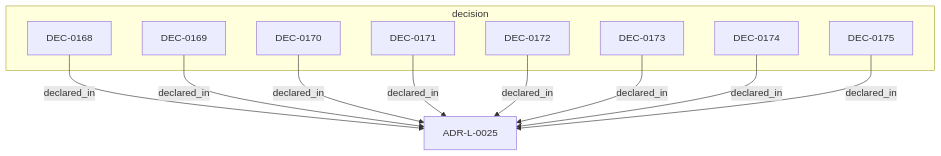
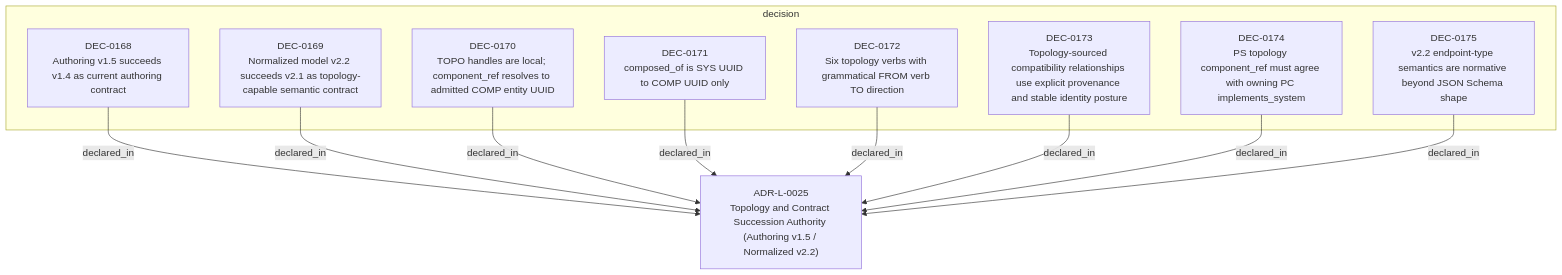
One commit to egallmann/adr-architecture-kit changed the diagram in adrs/adr-projection/logical/ADR-L-0025-topology-and-contract-succession-authority.md. Above: the diagram before and after it, drawn with Mermaid. The commit also changed other lines of this file and 35 other files, not shown here.

````diff
--- a/adrs/adr-projection/logical/ADR-L-0025-topology-and-contract-succession-authority.md
+++ b/adrs/adr-projection/logical/ADR-L-0025-topology-and-contract-succession-authority.md
@@ -62,22 +62,22 @@
 ```mermaid
 flowchart TB
-  n_01a048d8_454a_7464_bcaa_718e58dfb9c2["ADR-L-0025"]
+  n_01a048d8_454a_7464_bcaa_718e58dfb9c2["ADR-L-0025<br/>Topology and Contract Succession Authority (Authoring v1.5 / Normalized v2.2)"]
   subgraph sg_decision["decision"]
-    n_01a048e9_bf60_7620_ad03_5af81c48c443["DEC-0168"]
-    n_01a048e9_bf60_7620_ad03_5af9dca56890["DEC-0169"]
-    n_01a048e9_bf60_7620_ad03_5afa0d062cf8["DEC-0170"]
-    n_01a048e9_bf60_7620_ad03_5afb9ba51d1c["DEC-0171"]
-    n_01a048e9_bf60_7620_ad03_5afc854d365b["DEC-0172"]
-    n_01a048e9_bf60_7620_ad03_5afd8acec9ee["DEC-0173"]
-    n_01a048e9_bf60_7620_ad03_5afe983c297e["DEC-0174"]
-    n_01a048e9_bf60_7620_ad03_5affd0982697["DEC-0175"]
+    n_01a048e9_bf60_7620_ad03_5af81c48c443["DEC-0168<br/>Authoring v1.5 succeeds v1.4 as current authoring contract"]
+    n_01a048e9_bf60_7620_ad03_5af9dca56890["DEC-0169<br/>Normalized model v2.2 succeeds v2.1 as topology-capable semantic contract"]
+    n_01a048e9_bf60_7620_ad03_5afa0d062cf8["DEC-0170<br/>TOPO handles are local; component_ref resolves to admitted COMP entity UUID"]
+    n_01a048e9_bf60_7620_ad03_5afb9ba51d1c["DEC-0171<br/>composed_of is SYS UUID to COMP UUID only"]
+    n_01a048e9_bf60_7620_ad03_5afc854d365b["DEC-0172<br/>Six topology verbs with grammatical FROM verb TO direction"]
+    n_01a048e9_bf60_7620_ad03_5afd8acec9ee["DEC-0173<br/>Topology-sourced compatibility relationships use explicit provenance and stable identity posture"]
+    n_01a048e9_bf60_7620_ad03_5afe983c297e["DEC-0174<br/>PS topology component_ref must agree with owning PC implements_system"]
+    n_01a048e9_bf60_7620_ad03_5affd0982697["DEC-0175<br/>v2.2 endpoint-type semantics are normative beyond JSON Schema shape"]
   end
   n_01a048e9_bf60_7620_ad03_5af81c48c443 -->|"declared_in"| n_01a048d8_454a_7464_bcaa_718e58dfb9c2
   n_01a048e9_bf60_7620_ad03_5af9dca56890 -->|"declared_in"| n_01a048d8_454a_7464_bcaa_718e58dfb9c2
   n_01a048e9_bf60_7620_ad03_5afa0d062cf8 -->|"declared_in"| n_01a048d8_454a_7464_bcaa_718e58dfb9c2
   n_01a048e9_bf60_7620_ad03_5afb9ba51d1c -->|"declared_in"| n_01a048d8_454a_7464_bcaa_718e58dfb9c2
   n_01a048e9_bf60_7620_ad03_5afc854d365b -->|"declared_in"| n_01a048d8_454a_7464_bcaa_718e58dfb9c2
   n_01a048e9_bf60_7620_ad03_5afd8acec9ee -->|"declared_in"| n_01a048d8_454a_7464_bcaa_718e58dfb9c2
   n_01a048e9_bf60_7620_ad03_5afe983c297e -->|"declared_in"| n_01a048d8_454a_7464_bcaa_718e58dfb9c2
   n_01a048e9_bf60_7620_ad03_5affd0982697 -->|"declared_in"| n_01a048d8_454a_7464_bcaa_718e58dfb9c2
 ```
````
